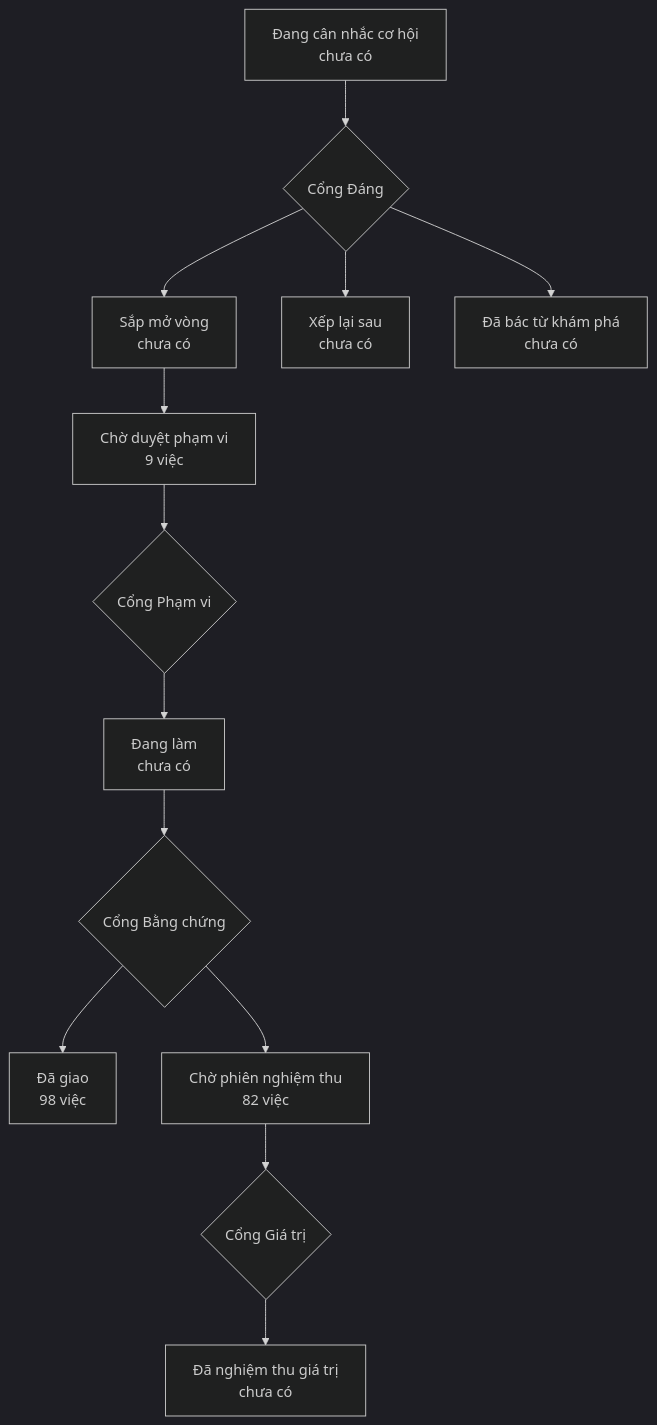
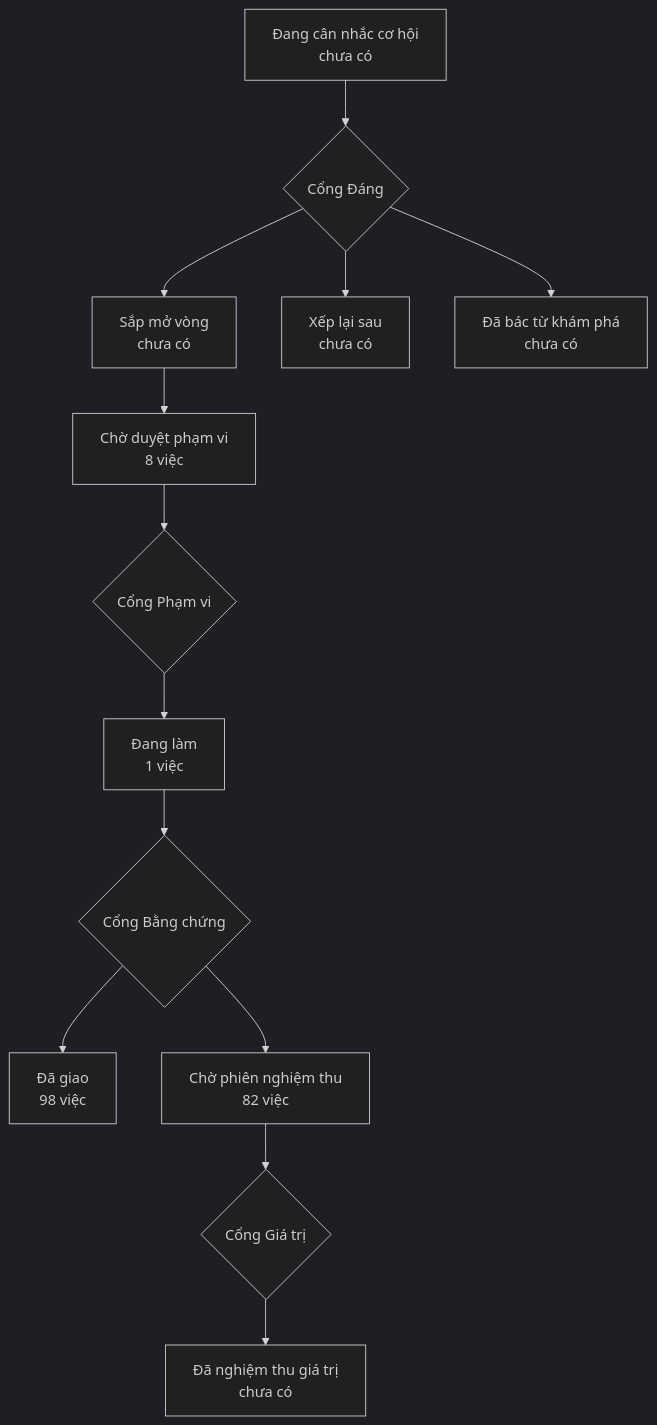
One commit to phanlemanh/onehub-invest changed the diagram in PRODUCT-MAP.md. Above: the diagram before and after it, drawn with Mermaid (dark theme). The commit also changed other lines of this file and 3 other files, not shown here.

Commit message:
acceptance(s03-nhan-loai-tin-rong): Cổng Phạm vi — duyệt (Mạnh), Hỏi-1/2 theo khuyến nghị

````diff
--- a/PRODUCT-MAP.md
+++ b/PRODUCT-MAP.md
@@ -7,12 +7,12 @@
 ```mermaid
 flowchart TD
   A["Đang cân nhắc cơ hội<br/>chưa có"] --> GD{"Cổng Đáng"}
   GD --> B["Sắp mở vòng<br/>chưa có"]
   GD --> XL["Xếp lại sau<br/>chưa có"]
   GD --> DB["Đã bác từ khám phá<br/>chưa có"]
-  B --> CD["Chờ duyệt phạm vi<br/>9 việc"] --> GP{"Cổng Phạm vi"}
-  GP --> DL["Đang làm<br/>chưa có"] --> GB{"Cổng Bằng chứng"}
+  B --> CD["Chờ duyệt phạm vi<br/>8 việc"] --> GP{"Cổng Phạm vi"}
+  GP --> DL["Đang làm<br/>1 việc"] --> GB{"Cổng Bằng chứng"}
   GB --> DG["Đã giao<br/>98 việc"]
   GB --> CN["Chờ phiên nghiệm thu<br/>82 việc"] --> GG{"Cổng Giá trị"}
   GG --> NT["Đã nghiệm thu giá trị<br/>chưa có"]
 ```
````
